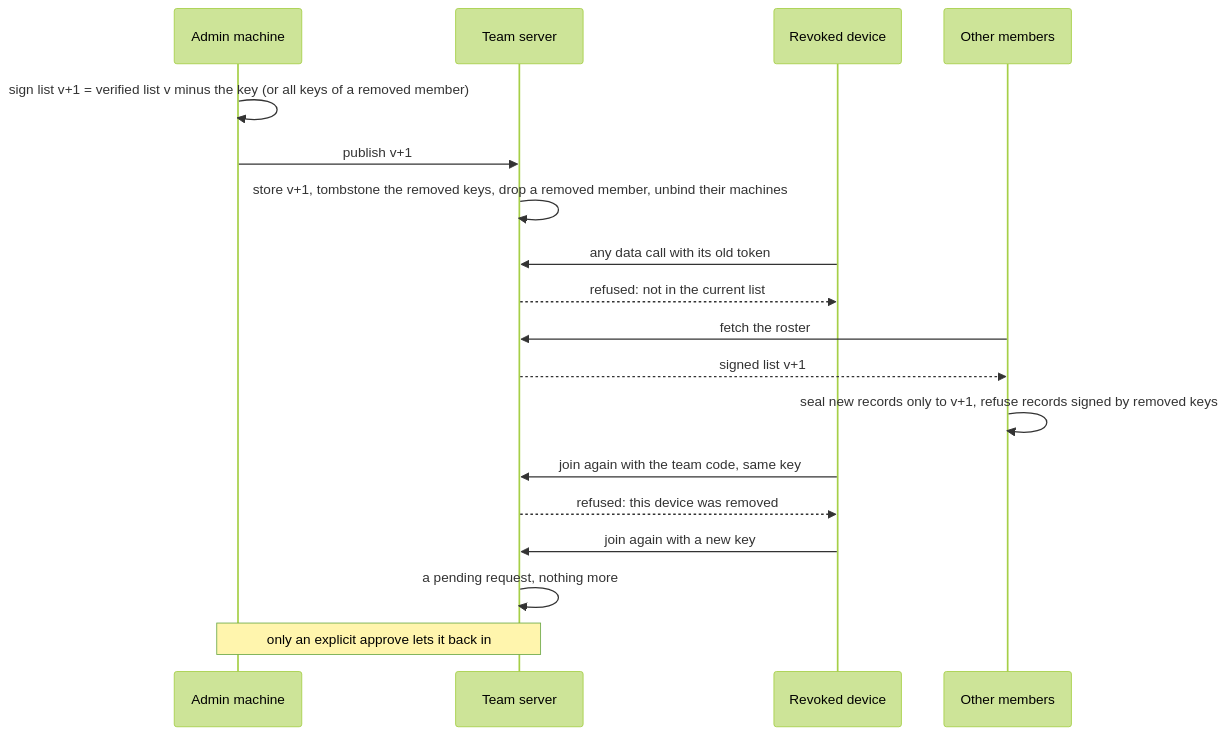
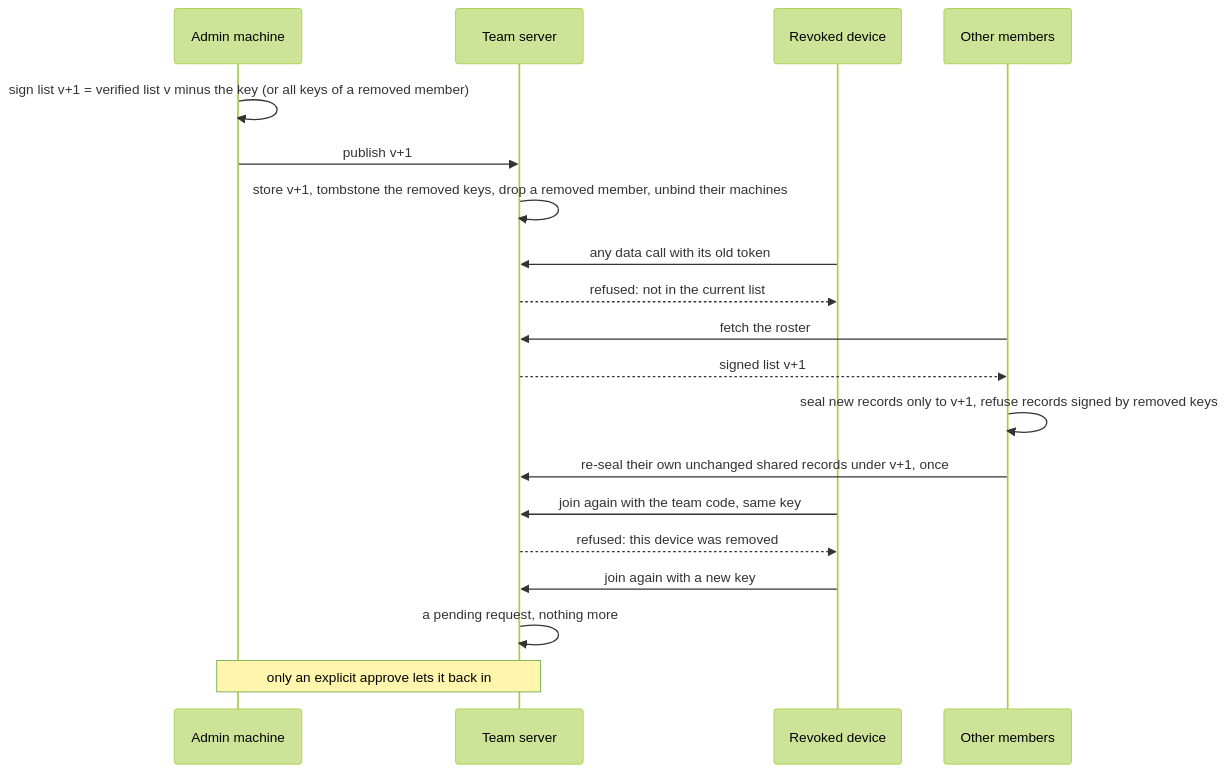
Diagram 11 of 12 in docs/ARCHITECTURE.md (y0c0ms/sesync), drawn with Mermaid (forest theme) before and after one commit. The commit also changed other lines of this file, not shown here.

First line of the commit message:
docs: re-seal after a list change in the team diagrams (#61)

````diff
--- a/docs/ARCHITECTURE.md
+++ b/docs/ARCHITECTURE.md
@@ -253,20 +279,21 @@
 ```mermaid
 sequenceDiagram
     participant A as Admin machine
     participant S as Team server
     participant R as Revoked device
     participant M as Other members
     A->>A: sign list v+1 = verified list v minus the key (or all keys of a removed member)
     A->>S: publish v+1
     S->>S: store v+1, tombstone the removed keys, drop a removed member, unbind their machines
     R->>S: any data call with its old token
     S-->>R: refused: not in the current list
     M->>S: fetch the roster
     S-->>M: signed list v+1
     M->>M: seal new records only to v+1, refuse records signed by removed keys
+    M->>S: re-seal their own unchanged shared records under v+1, once
     R->>S: join again with the team code, same key
     S-->>R: refused: this device was removed
     R->>S: join again with a new key
     S->>S: a pending request, nothing more
     Note over A,S: only an explicit approve lets it back in
 ```
````
